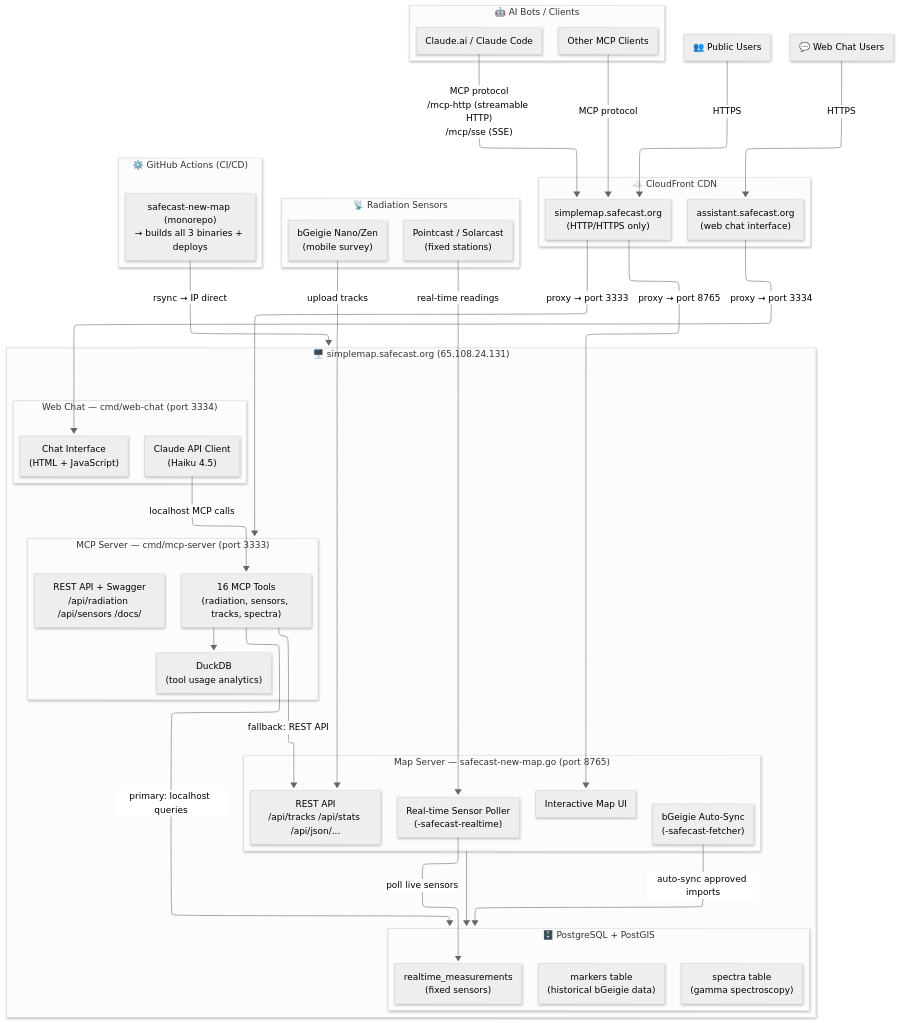
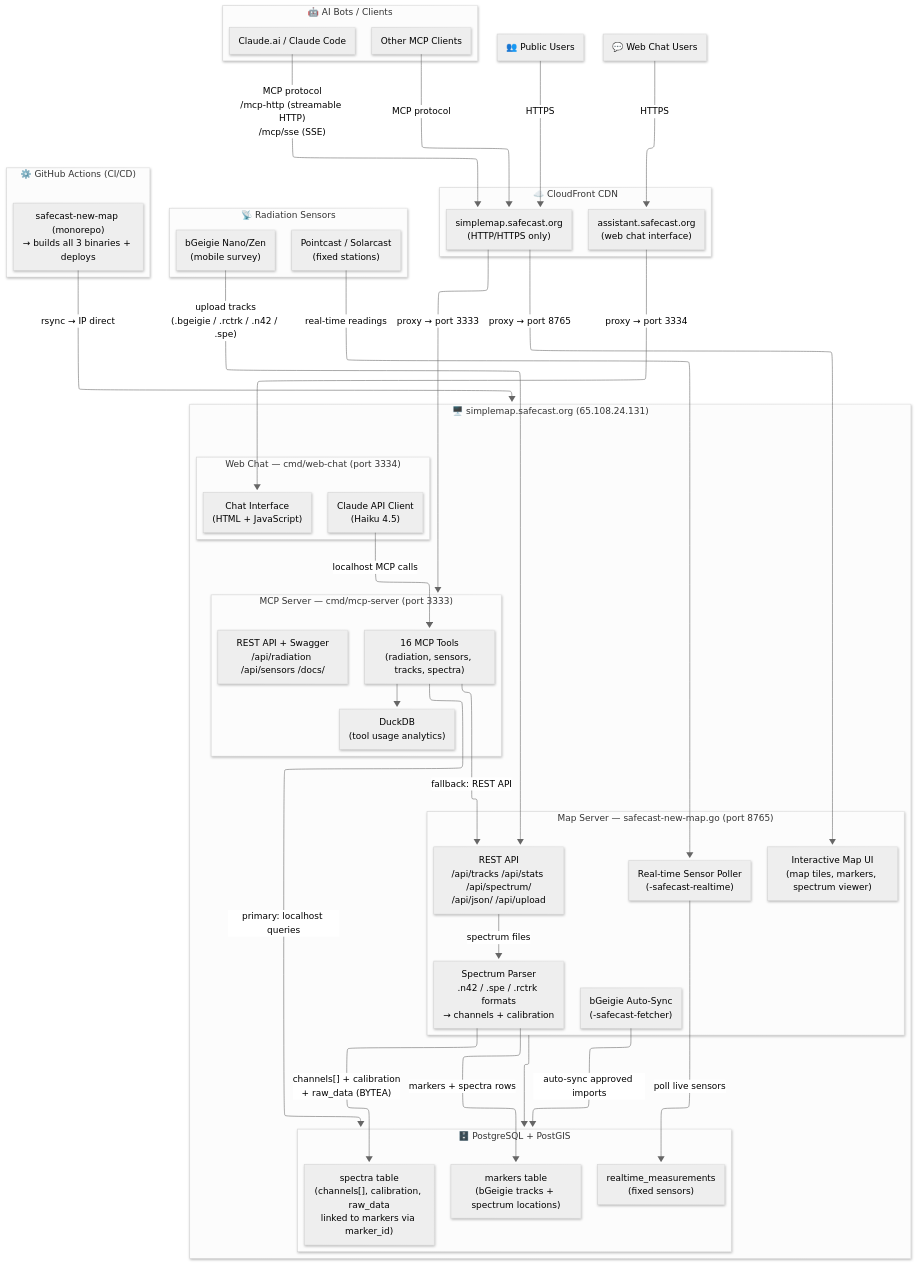
One commit to Safecast/safecast-new-map changed the diagram in docs/Mermaid Chart - Create complex, visual diagrams with text.-2026-02-28-043816.mmd. Above: the diagram before and after it, drawn with Mermaid. The commit also changed 1 other file, not shown here.

Commit message:
docs: add spectral data flow diagram and update architecture diagram
- Updated main architecture diagram to clarify spectral upload/storage:
  added SpecParser node, updated markers/spectra table descriptions,
  and explicit upload → parse → store edges
- Added new docs/spectral-data-flow.mmd detailing the full spectral
  pipeline: upload → format detection → parsers (n42/spe/rctrk/rcxml)
  → DB storage → REST API → browser chart construction + isotope overlay

Entire-Checkpoint: 19fe6bbc6d30

```diff
--- a/docs/Mermaid Chart - Create complex, visual diagrams with text.-2026-02-28-043816.mmd
+++ b/docs/Mermaid Chart - Create complex, visual diagrams with text.-2026-02-28-043816.mmd
@@ -1,65 +1,69 @@
 ---
 config:
   layout: elk
   theme: neutral
   look: neo
 ---
 flowchart TB
  subgraph AI["🤖 AI Bots / Clients"]
         Claude["Claude.ai / Claude Code"]
         Other["Other MCP Clients"]
   end
  subgraph CDN["☁️ CloudFront CDN"]
         CF["simplemap.safecast.org\n(HTTP/HTTPS only)"]
         Assistant["assistant.safecast.org\n(web chat interface)"]
   end
  subgraph MCP["MCP Server — cmd/mcp-server (port 3333)"]
         MCPTools["16 MCP Tools\n(radiation, sensors, tracks, spectra)"]
         REST_MCP["REST API + Swagger\n/api/radiation /api/sensors /docs/"]
         DuckDB["DuckDB\n(tool usage analytics)"]
   end
  subgraph MapServer["Map Server — safecast-new-map.go (port 8765)"]
-        MapUI["Interactive Map UI"]
-        REST_Map["REST API\n/api/tracks /api/stats /api/json/..."]
+        MapUI["Interactive Map UI\n(map tiles, markers, spectrum viewer)"]
+        REST_Map["REST API\n/api/tracks /api/stats /api/spectrum/\n/api/json/ /api/upload"]
         Fetcher["bGeigie Auto-Sync\n(-safecast-fetcher)"]
         RTPoller["Real-time Sensor Poller\n(-safecast-realtime)"]
+        SpecParser["Spectrum Parser\n.n42 / .spe / .rctrk formats\n→ channels + calibration"]
   end
  subgraph DB["🗄️ PostgreSQL + PostGIS"]
-        markers["markers table\n(historical bGeigie data)"]
+        markers["markers table\n(bGeigie tracks + spectrum locations)"]
         realtime["realtime_measurements\n(fixed sensors)"]
-        spectra["spectra table\n(gamma spectroscopy)"]
+        spectra["spectra table\n(channels[], calibration, raw_data\nlinked to markers via marker_id)"]
   end
  subgraph WebChat["Web Chat — cmd/web-chat (port 3334)"]
         ChatUI["Chat Interface\n(HTML + JavaScript)"]
         ClaudeAPI["Claude API Client\n(Haiku 4.5)"]
   end
  subgraph Server["🖥️ simplemap.safecast.org (65.108.24.131)"]
         MCP
         MapServer
         WebChat
         DB
   end
  subgraph Devices["📡 Radiation Sensors"]
         bGeigie["bGeigie Nano/Zen\n(mobile survey)"]
         Fixed["Pointcast / Solarcast\n(fixed stations)"]
   end
  subgraph CICD["⚙️ GitHub Actions (CI/CD)"]
         GH_All["safecast-new-map (monorepo)\n→ builds all 3 binaries + deploys"]
   end
     MCPTools --> DuckDB
     MCPTools -- primary: localhost queries --> DB
     MapServer --> DB
     Fetcher -- "auto-sync approved imports" --> DB
     RTPoller -- poll live sensors --> realtime
     Claude -- "MCP protocol\n/mcp-http (streamable HTTP)\n/mcp/sse (SSE)" --> CF
     Other -- MCP protocol --> CF
     CF -- proxy → port 3333 --> MCP
     MCPTools -- fallback: REST API --> REST_Map
     Users["👥 Public Users"] -- HTTPS --> CF
     CF -- proxy → port 8765 --> MapUI
     WebUsers["💬 Web Chat Users"] -- HTTPS --> Assistant
     Assistant -- proxy → port 3334 --> ChatUI
     ClaudeAPI -- "localhost MCP calls" --> MCPTools
-    bGeigie -- upload tracks --> REST_Map
+    bGeigie -- "upload tracks\n(.bgeigie / .rctrk / .n42 / .spe)" --> REST_Map
+    REST_Map -- "spectrum files" --> SpecParser
+    SpecParser -- "markers + spectra rows" --> markers
+    SpecParser -- "channels[] + calibration\n+ raw_data (BYTEA)" --> spectra
     Fixed -- "real-time readings" --> RTPoller
     GH_All -- rsync → IP direct --> Server
```
